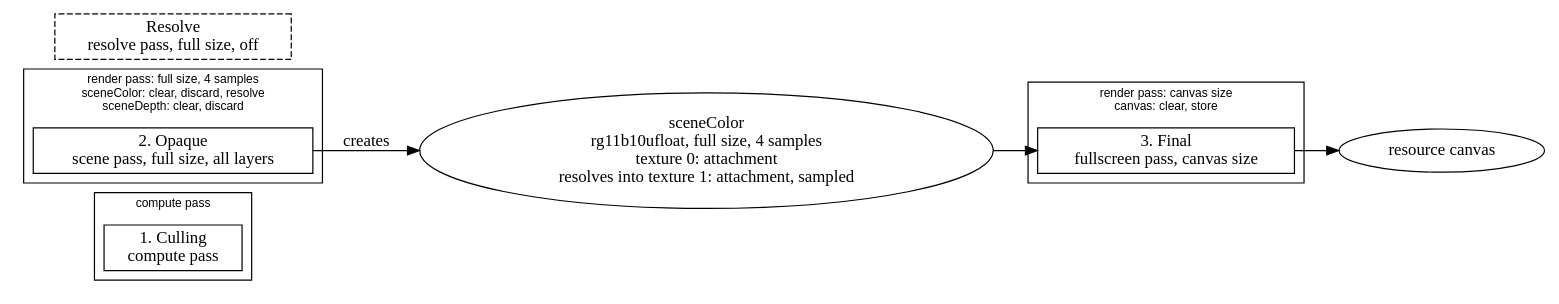
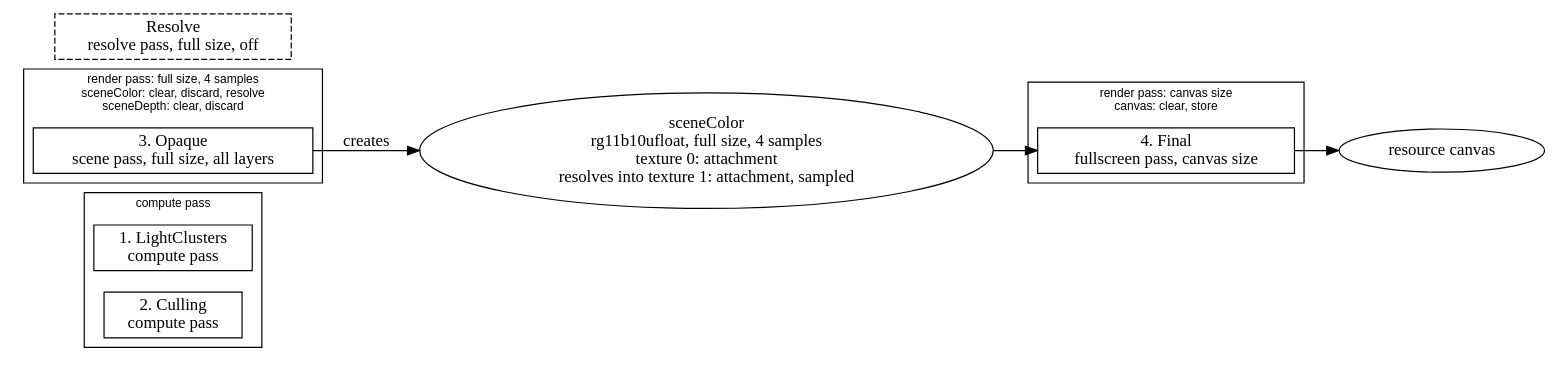
The second of 2 diagrams in docs/concepts/render-graph.md (null3d-engine/null3d), drawn with Graphviz before and after one commit. The commit also changed other lines of this file and 162 other files, not shown here.

````diff
--- a/docs/concepts/render-graph.md
+++ b/docs/concepts/render-graph.md
@@ -187,22 +191,23 @@
 ```dot
 digraph "render graph" {
   graph [rankdir=LR, fontname="Helvetica", fontsize=10];
   subgraph "cluster 1" {
     label="compute pass";
-    "pass Culling" [shape=box, label="1. Culling\ncompute pass"];
+    "pass LightClusters" [shape=box, label="1. LightClusters\ncompute pass"];
+    "pass Culling" [shape=box, label="2. Culling\ncompute pass"];
   }
   subgraph "cluster 2" {
     label="render pass: full size, 4 samples\nsceneColor: clear, discard, resolve\nsceneDepth: clear, discard";
-    "pass Opaque" [shape=box, label="2. Opaque\nscene pass, full size, all layers"];
+    "pass Opaque" [shape=box, label="3. Opaque\nscene pass, full size, all layers"];
   }
   subgraph "cluster 3" {
     label="render pass: canvas size\ncanvas: clear, store";
-    "pass Final" [shape=box, label="3. Final\nfullscreen pass, canvas size"];
+    "pass Final" [shape=box, label="4. Final\nfullscreen pass, canvas size"];
   }
   "pass Resolve" [shape=box, style=dashed, label="Resolve\nresolve pass, full size, off"];
   "resource sceneColor" [shape=ellipse, label="sceneColor\nrg11b10ufloat, full size, 4 samples\ntexture 0: attachment\nresolves into texture 1: attachment, sampled"];
   "pass Opaque" -> "resource sceneColor" [label="creates"];
   "resource sceneColor" -> "pass Final";
   "pass Final" -> "resource canvas";
 }
 ```
````
